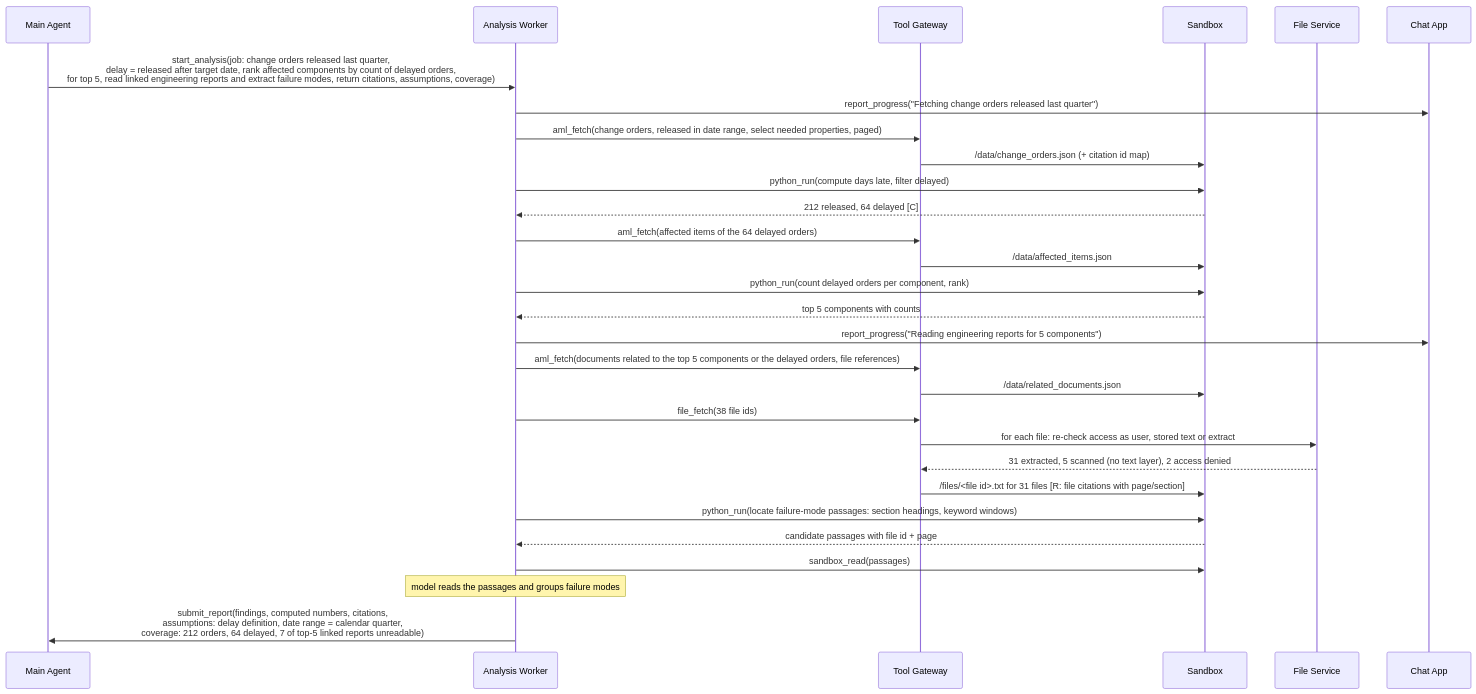
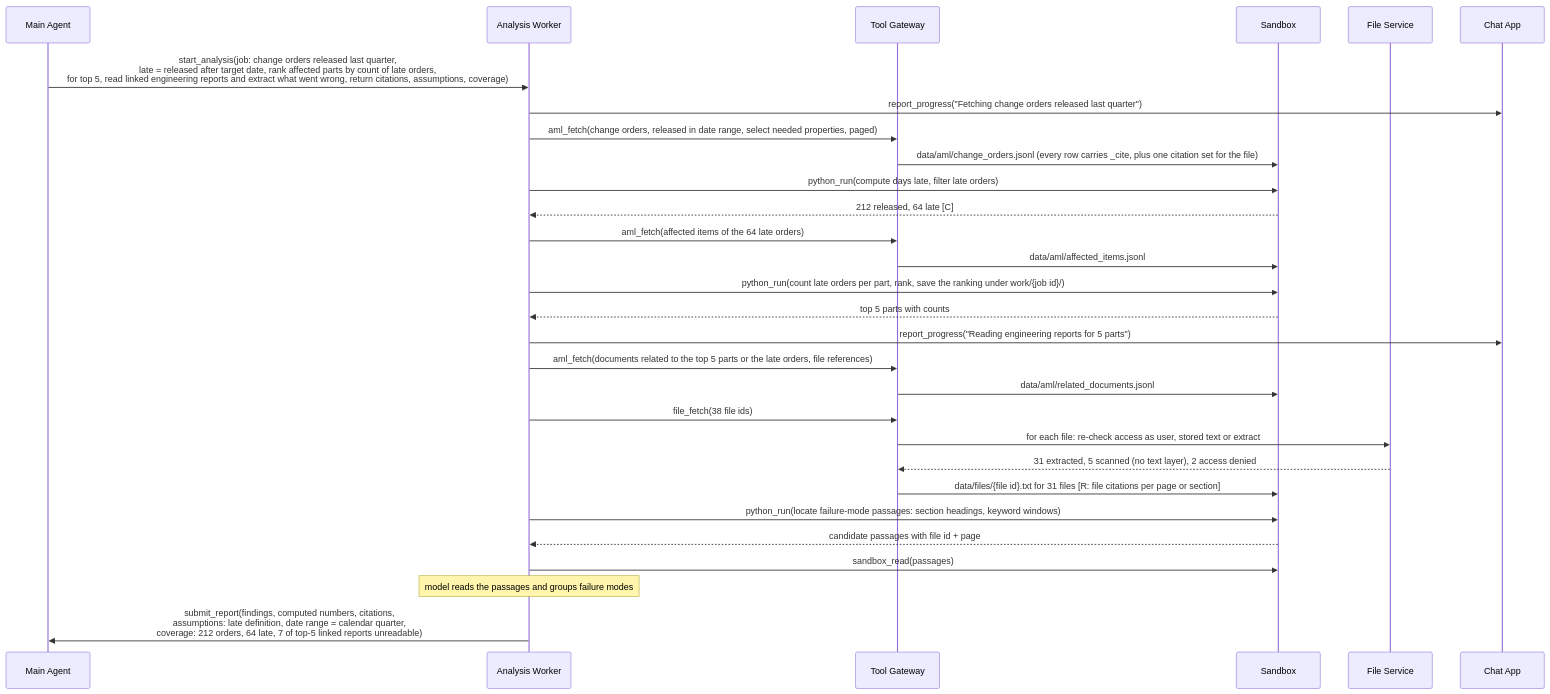
One commit to omkarbhale/aras-insight changed the fifth of 8 diagrams in docs/architecture/question-lifecycle.md. Above: the diagram before and after it, drawn with Mermaid. The commit also changed other lines of this file and 99 other files, not shown here.

````diff
--- a/docs/architecture/question-lifecycle.md
+++ b/docs/architecture/question-lifecycle.md
@@ -145,32 +147,32 @@
 ```mermaid
 sequenceDiagram
     participant MA as Main Agent
     participant W1 as Analysis Worker
     participant GW as Tool Gateway
     participant SB as Sandbox
     participant FS as File Service
     participant App as Chat App
 
-    MA->>W1: start_analysis(job: change orders released last quarter,<br/>delay = released after target date, rank affected components by count of delayed orders,<br/>for top 5, read linked engineering reports and extract failure modes, return citations, assumptions, coverage)
+    MA->>W1: start_analysis(job: change orders released last quarter,<br/>late = released after target date, rank affected parts by count of late orders,<br/>for top 5, read linked engineering reports and extract what went wrong, return citations, assumptions, coverage)
     W1->>App: report_progress("Fetching change orders released last quarter")
     W1->>GW: aml_fetch(change orders, released in date range, select needed properties, paged)
-    GW->>SB: /data/change_orders.json (+ citation id map)
-    W1->>SB: python_run(compute days late, filter delayed)
-    SB-->>W1: 212 released, 64 delayed [C]
-    W1->>GW: aml_fetch(affected items of the 64 delayed orders)
-    GW->>SB: /data/affected_items.json
-    W1->>SB: python_run(count delayed orders per component, rank)
-    SB-->>W1: top 5 components with counts
-    W1->>App: report_progress("Reading engineering reports for 5 components")
-    W1->>GW: aml_fetch(documents related to the top 5 components or the delayed orders, file references)
-    GW->>SB: /data/related_documents.json
+    GW->>SB: data/aml/change_orders.jsonl (every row carries _cite, plus one citation set for the file)
+    W1->>SB: python_run(compute days late, filter late orders)
+    SB-->>W1: 212 released, 64 late [C]
+    W1->>GW: aml_fetch(affected items of the 64 late orders)
+    GW->>SB: data/aml/affected_items.jsonl
+    W1->>SB: python_run(count late orders per part, rank, save the ranking under work/{job id}/)
+    SB-->>W1: top 5 parts with counts
+    W1->>App: report_progress("Reading engineering reports for 5 parts")
+    W1->>GW: aml_fetch(documents related to the top 5 parts or the late orders, file references)
+    GW->>SB: data/aml/related_documents.jsonl
     W1->>GW: file_fetch(38 file ids)
     GW->>FS: for each file: re-check access as user, stored text or extract
     FS-->>GW: 31 extracted, 5 scanned (no text layer), 2 access denied
-    GW->>SB: /files/<file id>.txt for 31 files [R: file citations with page/section]
+    GW->>SB: data/files/{file id}.txt for 31 files [R: file citations per page or section]
     W1->>SB: python_run(locate failure-mode passages: section headings, keyword windows)
     SB-->>W1: candidate passages with file id + page
     W1->>SB: sandbox_read(passages)
     Note over W1: model reads the passages and groups failure modes
-    W1->>MA: submit_report(findings, computed numbers, citations,<br/>assumptions: delay definition, date range = calendar quarter,<br/>coverage: 212 orders, 64 delayed, 7 of top-5 linked reports unreadable)
+    W1->>MA: submit_report(findings, computed numbers, citations,<br/>assumptions: late definition, date range = calendar quarter,<br/>coverage: 212 orders, 64 late, 7 of top-5 linked reports unreadable)
 ```
````
